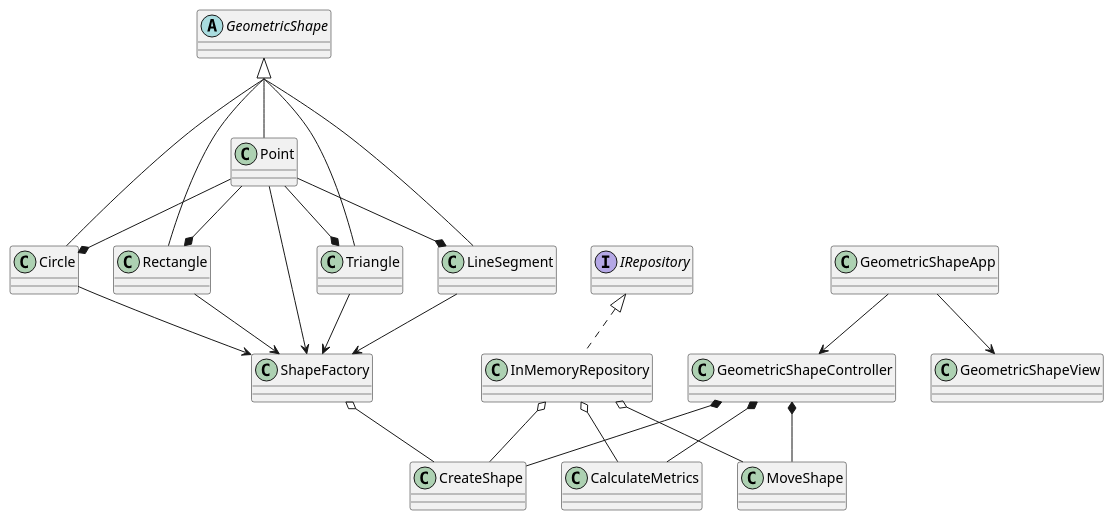
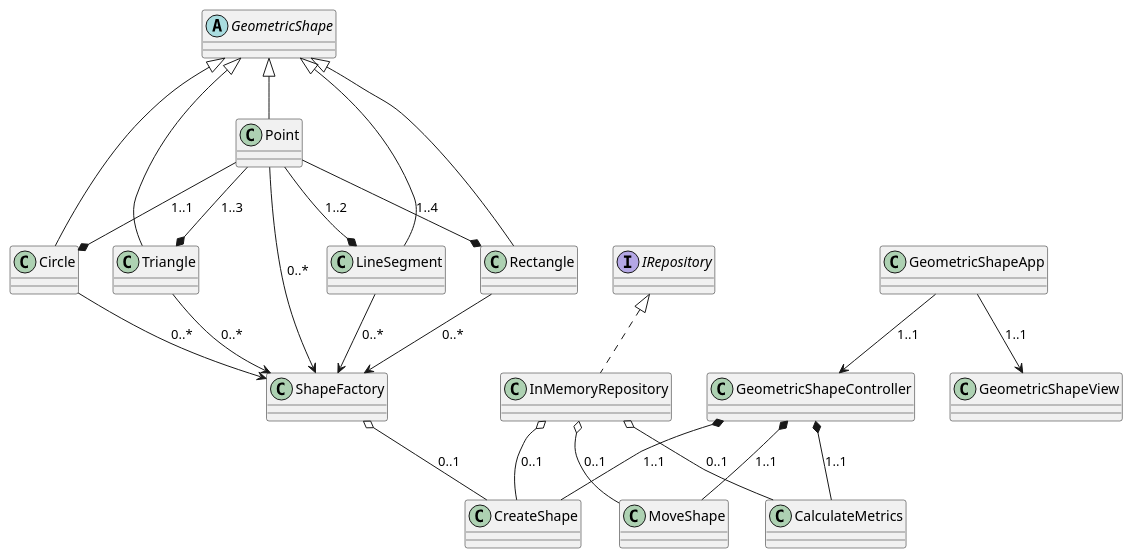
One commit to samuelncaetano/geometric_shapes changed the diagram in .diagram/class_diagram/class_diagram.puml. Above: the diagram before and after it, drawn with PlantUML.

Commit message:
docs(class_diagram): fix the class diagram

```diff
--- a/.diagram/class_diagram/class_diagram.puml
+++ b/.diagram/class_diagram/class_diagram.puml
@@ -1,63 +1,62 @@
 @startuml class_diagram
 skinparam classAttributeIconSize 0
-skinparam groupInheritance 4
+skinparam groupInheritance 1
 
 abstract GeometricShape {}
 class Point {}
 class LineSegment {}
 class Circle {}
 class Rectangle {}
 class Triangle {}
 
 interface IRepository {}
 
 class InMemoryRepository {}
 
 class CreateShape {}
 class MoveShape {}
 class CalculateMetrics {}
 
 class ShapeFactory {}
 
 class GeometricShapeController {}
 
 class GeometricShapeView {}
 
 class GeometricShapeApp {}
 
 ' Inheritance (Herança)
 GeometricShape <|-- Point
 GeometricShape <|-- LineSegment
 GeometricShape <|-- Circle
 GeometricShape <|-- Rectangle
 GeometricShape <|-- Triangle
 
 ' Implement (Implementação)
 IRepository <|.. InMemoryRepository
 
 ' Composition (Composição)
-Point --* LineSegment
-Point --* Circle
-Point --* Rectangle
-Point --* Triangle
-GeometricShapeController *-- CreateShape
-GeometricShapeController *-- MoveShape
-GeometricShapeController *-- CalculateMetrics
+Point --* LineSegment : "1..2"
+Point --* Circle : "1..1"
+Point --* Rectangle : "1..4"
+Point --* Triangle : "1..3"
+GeometricShapeController *-- CreateShape : "1..1"
+GeometricShapeController *-- MoveShape : "1..1"
+GeometricShapeController *-- CalculateMetrics : "1..1"
 
 ' Aggregation (Agregação)
-ShapeFactory o-- CreateShape
-InMemoryRepository o-- CreateShape
-InMemoryRepository o-- MoveShape
-InMemoryRepository o-- CalculateMetrics
+ShapeFactory o-- CreateShape : "0..1"
+InMemoryRepository o-- CreateShape : "0..1"
+InMemoryRepository o-- MoveShape : "0..1"
+InMemoryRepository o-- CalculateMetrics : "0..1"
 
 ' Association (Associação)
-GeometricShapeApp --> GeometricShapeController
-GeometricShapeApp --> GeometricShapeView
-Point --> ShapeFactory
-LineSegment --> ShapeFactory
-Circle --> ShapeFactory
-Rectangle --> ShapeFactory
-Triangle --> ShapeFactory
-
+GeometricShapeApp --> GeometricShapeController : "1..1"
+GeometricShapeApp --> GeometricShapeView : "1..1"
+Point --> ShapeFactory : "0..*"
+LineSegment --> ShapeFactory : "0..*"
+Circle --> ShapeFactory : "0..*"
+Rectangle --> ShapeFactory : "0..*"
+Triangle --> ShapeFactory : "0..*"
 
 @enduml
```
